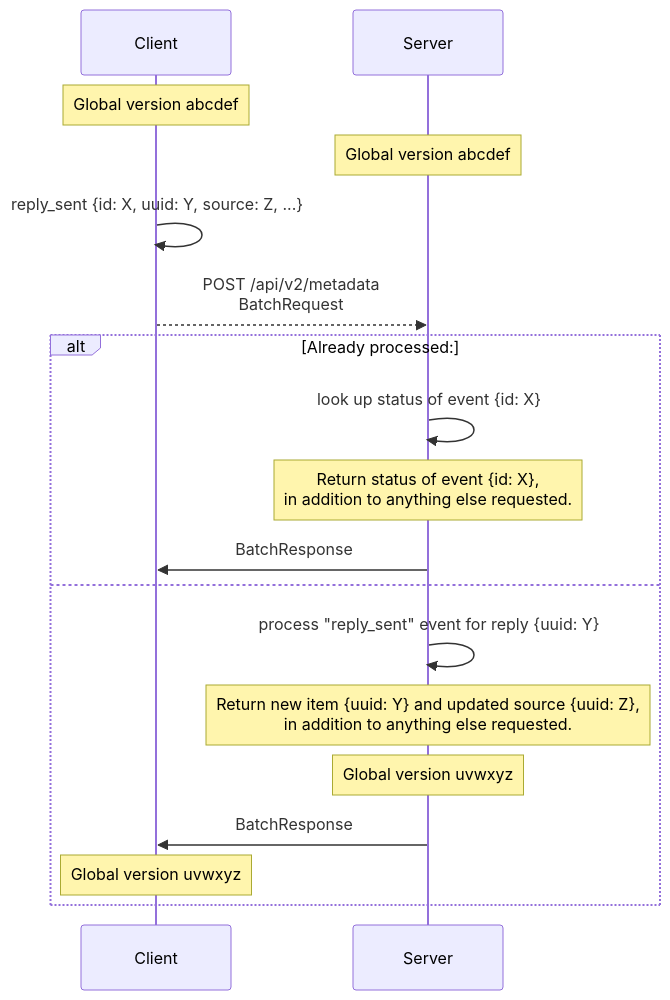
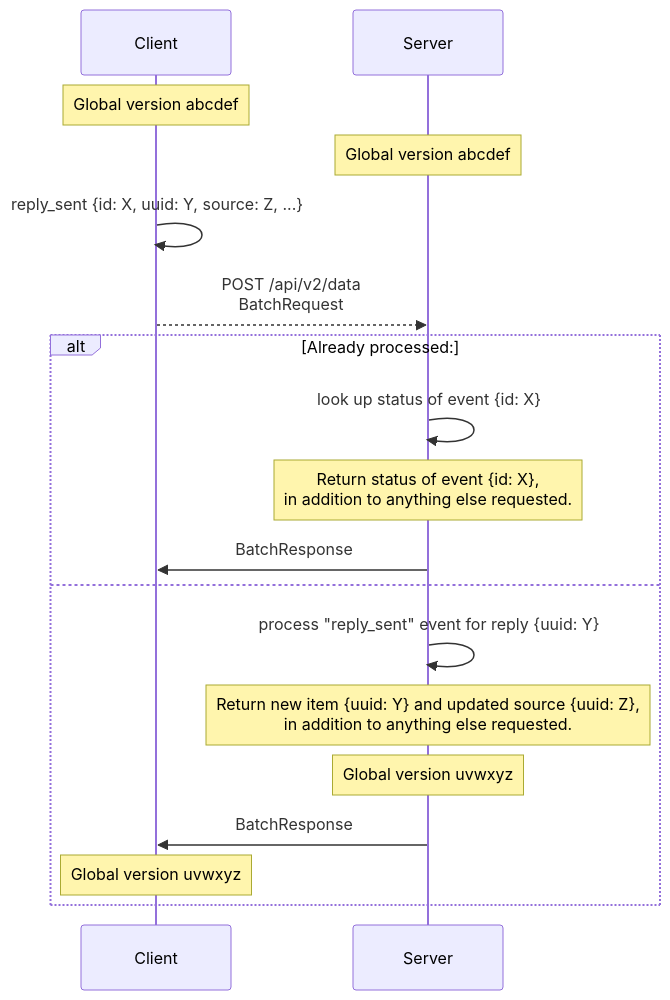
The third of 4 diagrams in API2.md (ppker/securedrop), drawn with Mermaid before and after one commit. The commit also changed other lines of this file, not shown here.

Commit message:
docs: MetadataRequest is now BatchRequest, etc.

````diff
--- a/API2.md
+++ b/API2.md
@@ -121,22 +121,22 @@
 ```mermaid
 sequenceDiagram
 participant Client
 participant Server
 
 Note over Client: Global version abcdef
 Note over Server: Global version abcdef
 
 Client ->> Client: reply_sent {id: X, uuid: Y, source: Z, ...}
-Client -->> Server: POST /api/v2/metadata<br>BatchRequest
+Client -->> Server: POST /api/v2/data<br>BatchRequest
 alt Already processed:
 Server ->> Server: look up status of event {id: X}
 Note over Server: Return status of event {id: X},<br>in addition to anything else requested.
 Server ->> Client: BatchResponse
 else
 Server ->> Server: process "reply_sent" event for reply {uuid: Y}
 Note over Server: Return new item {uuid: Y} and updated source {uuid: Z},<br>in addition to anything else requested.
 Note over Server: Global version uvwxyz
 Server ->> Client: BatchResponse
 Note over Client: Global version uvwxyz
 end
 ```
````
